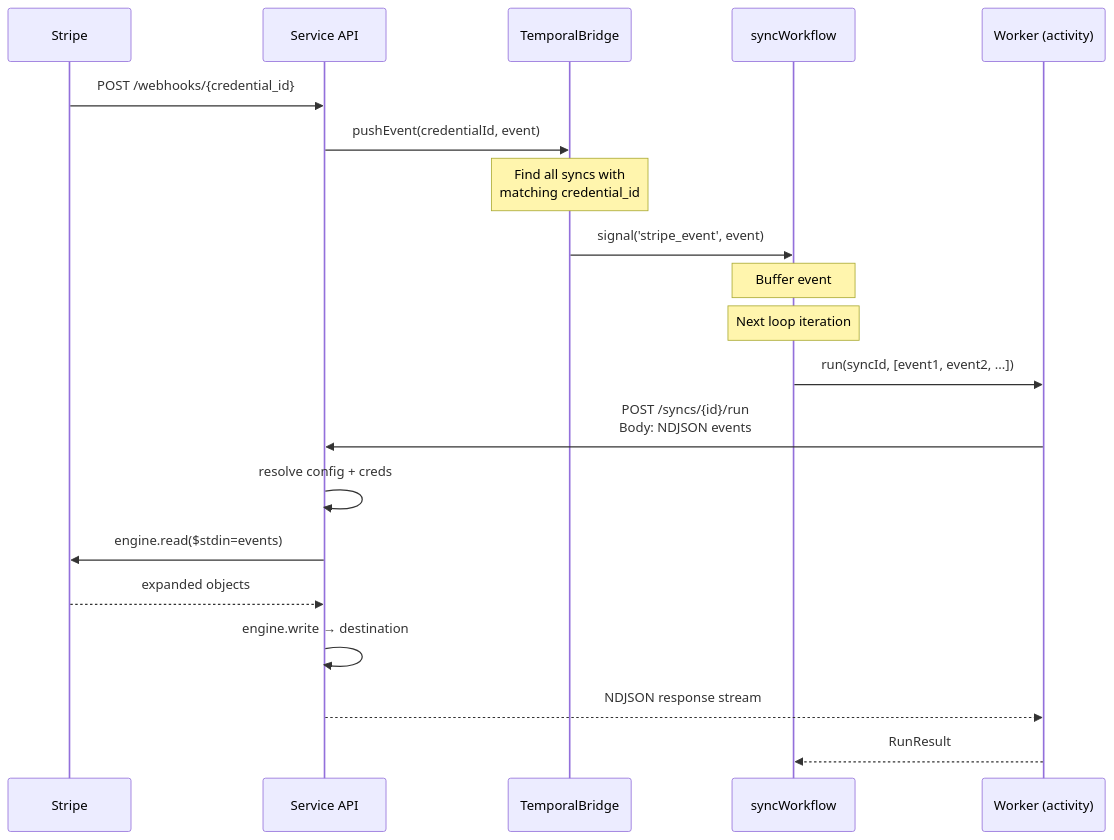
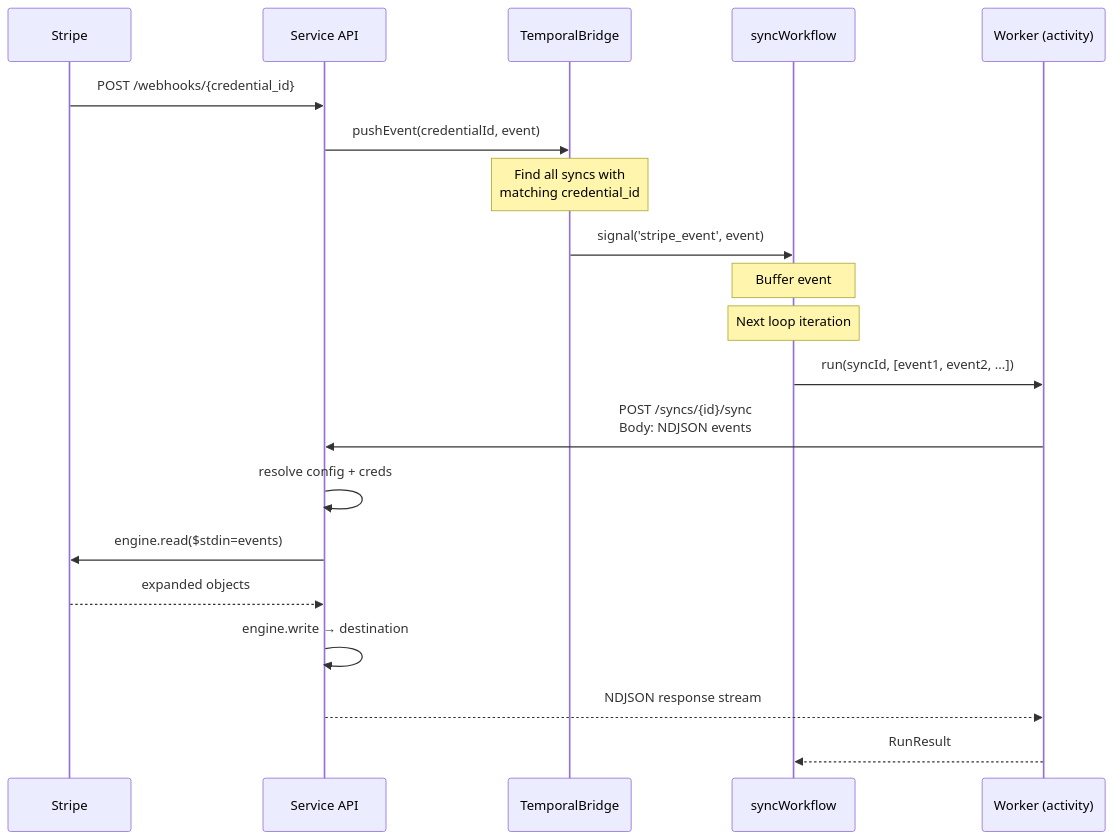
Before and after one commit to supabase/stripe-sync-engine: the second of 4 diagrams in docs/pages/service/temporal.md, drawn with Mermaid. The commit also changed other lines of this file and 4 other files, not shown here.

First line of the commit message:
Rename /syncs/{id}/run → /syncs/{id}/sync

````diff
--- a/docs/pages/service/temporal.md
+++ b/docs/pages/service/temporal.md
@@ -71,27 +71,27 @@
 ```mermaid
 sequenceDiagram
     participant Stripe
     participant Service as Service API
     participant Bridge as TemporalBridge
     participant Workflow as syncWorkflow
     participant Worker as Worker (activity)
 
     Stripe->>Service: POST /webhooks/{credential_id}
     Service->>Bridge: pushEvent(credentialId, event)
 
     Note over Bridge: Find all syncs with<br/>matching credential_id
 
     Bridge->>Workflow: signal('stripe_event', event)
     Note over Workflow: Buffer event
 
     Note over Workflow: Next loop iteration
 
     Workflow->>Worker: run(syncId, [event1, event2, ...])
-    Worker->>Service: POST /syncs/{id}/run<br/>Body: NDJSON events
+    Worker->>Service: POST /syncs/{id}/sync<br/>Body: NDJSON events
     Service->>Service: resolve config + creds
     Service->>Stripe: engine.read($stdin=events)
     Stripe-->>Service: expanded objects
     Service->>Service: engine.write → destination
     Service-->>Worker: NDJSON response stream
     Worker-->>Workflow: RunResult
 ```
````
